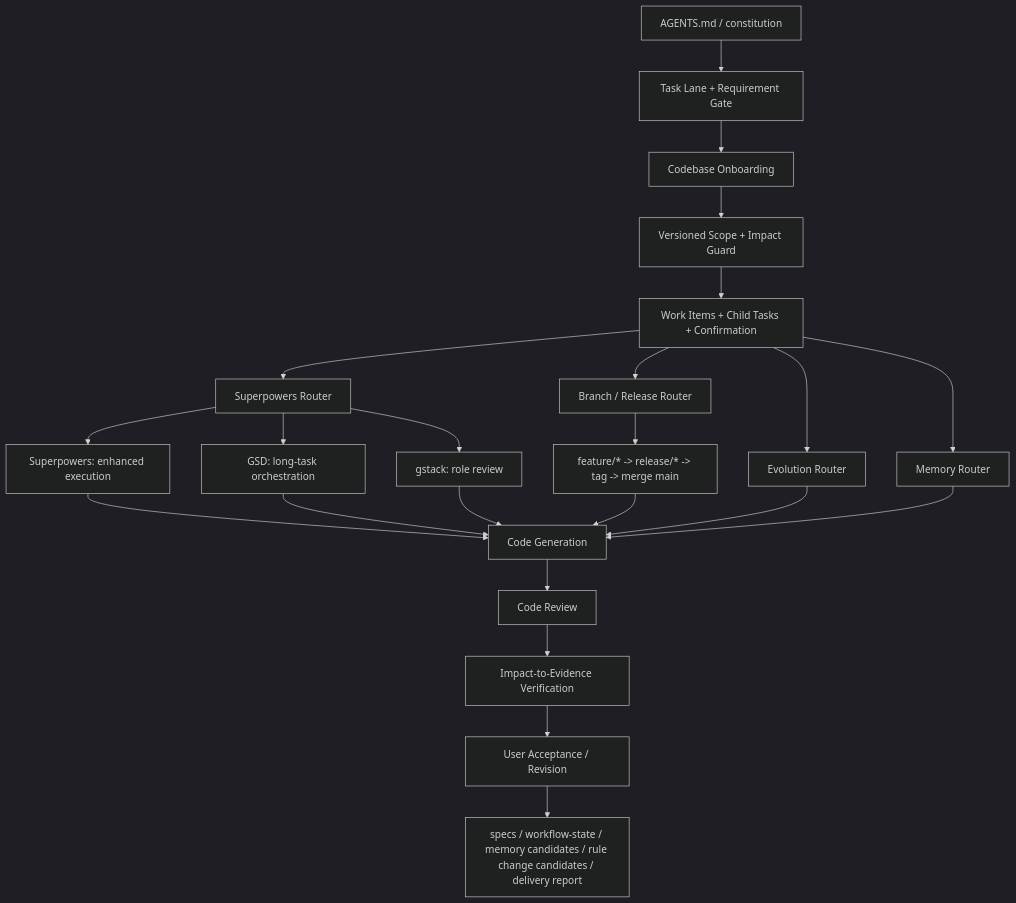
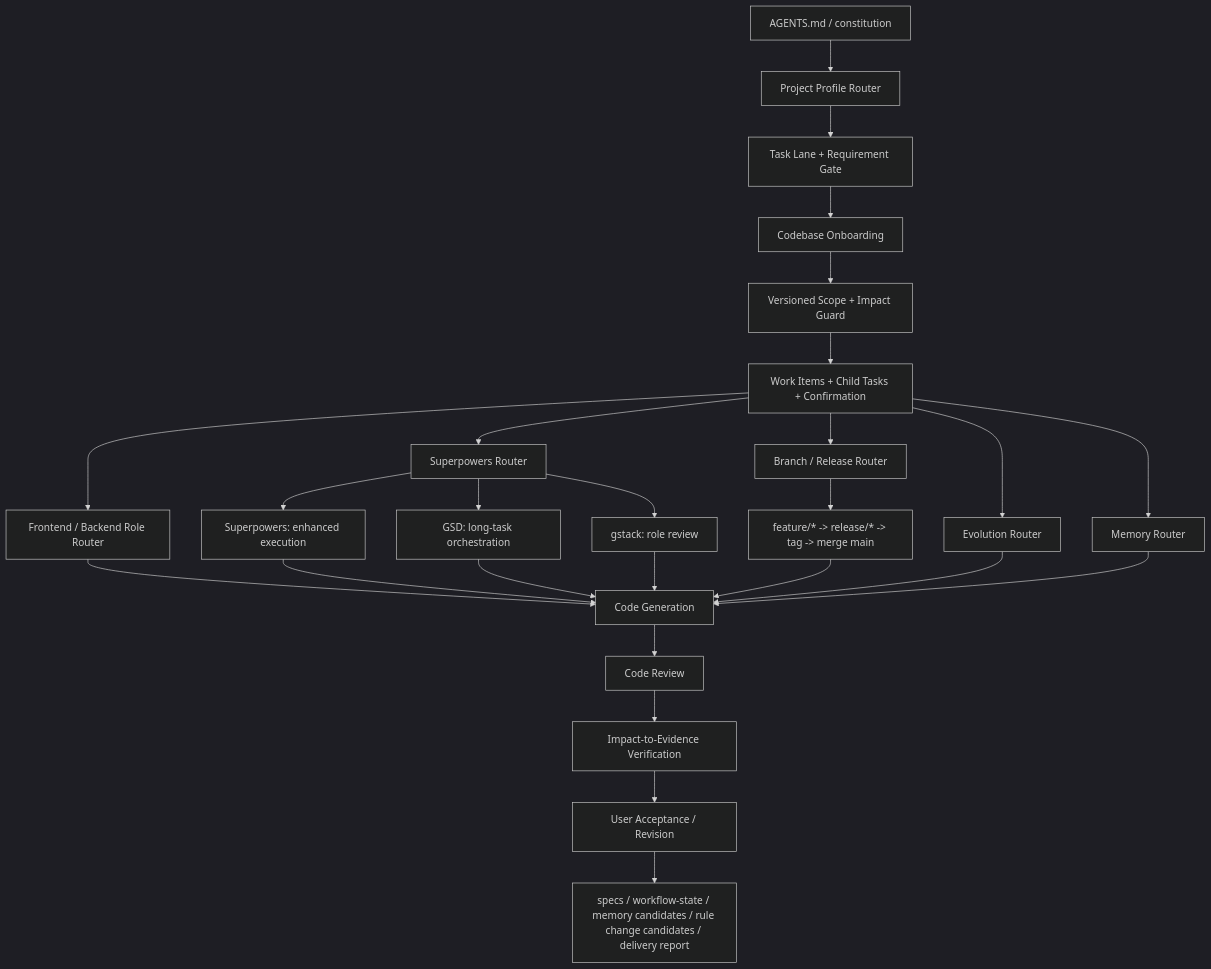
The diagram in project-engineering-workflow/assets/template-root/docs/AI协作架构.md (iizhan/workflow-skills), drawn with Mermaid (dark theme) before and after one commit. The commit also changed other lines of this file and 86 other files, not shown here.

Commit message:
feat(workflow): add project-aware profiles and role workflows

````diff
--- a/project-engineering-workflow/assets/template-root/docs/AI协作架构.md
+++ b/project-engineering-workflow/assets/template-root/docs/AI协作架构.md
@@ -17,25 +17,28 @@
 ```mermaid
 flowchart TD
-  A["AGENTS.md / constitution"] --> B["Task Lane + Requirement Gate"]
+  A["AGENTS.md / constitution"] --> P0["Project Profile Router"]
+  P0 --> B["Task Lane + Requirement Gate"]
   B --> C["Codebase Onboarding"]
   C --> D["Versioned Scope + Impact Guard"]
   D --> E["Work Items + Child Tasks + Confirmation"]
+  E --> T["Frontend / Backend Role Router"]
   E --> F["Superpowers Router"]
   E --> P["Branch / Release Router"]
   E --> Q["Evolution Router"]
   F --> G["Superpowers: enhanced execution"]
   F --> H["GSD: long-task orchestration"]
   F --> I["gstack: role review"]
   E --> R["Memory Router"]
   P --> S["feature/* -> release/* -> tag -> merge main"]
-  G --> J["Code Generation"]
+  T --> J["Code Generation"]
+  G --> J
   H --> J
   I --> J
   S --> J
   Q --> J
   R --> J
   J --> K["Code Review"]
   K --> L["Impact-to-Evidence Verification"]
   L --> N["User Acceptance / Revision"]
   N --> M["specs / workflow-state / memory candidates / rule change candidates / delivery report"]
 ```
````
